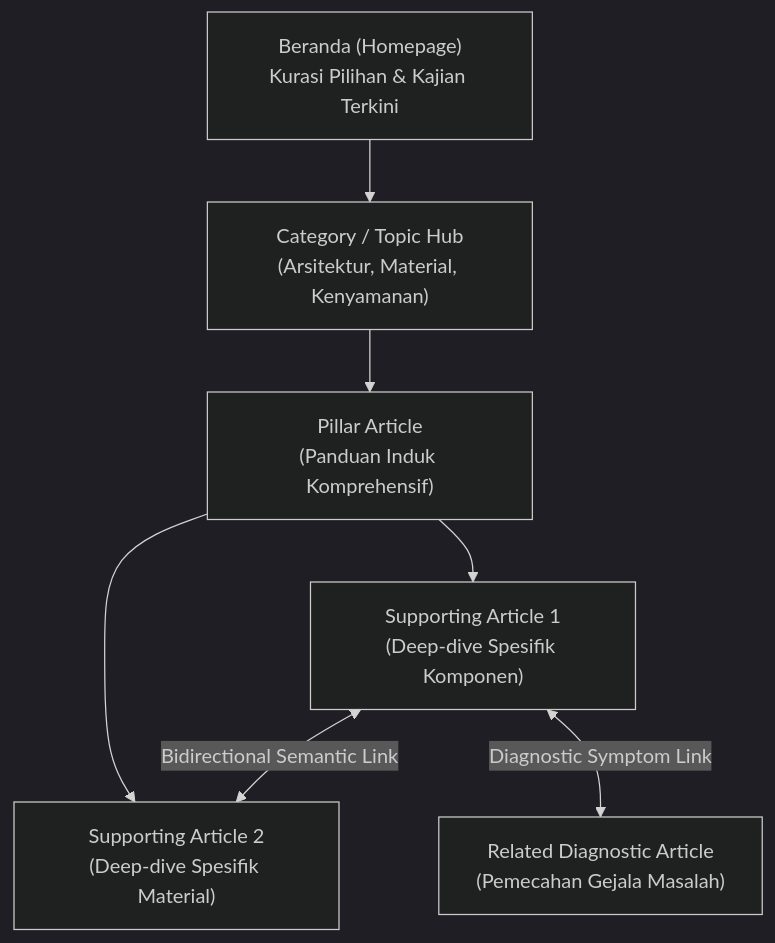
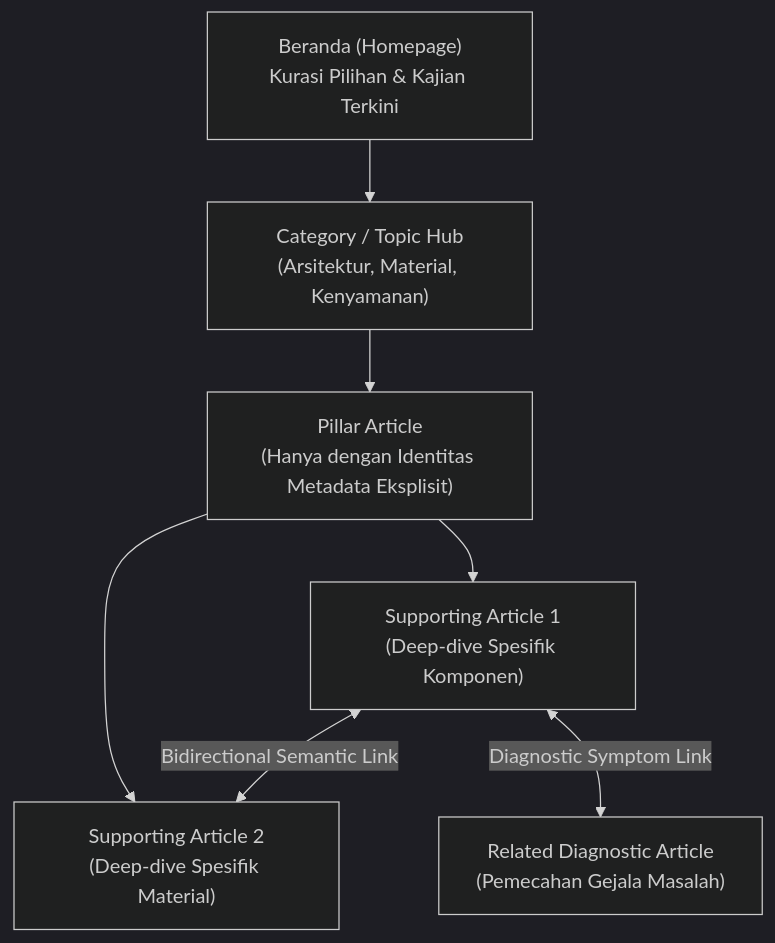
The first of 2 diagrams in docs/internal-link/INTERNAL_LINK_ENGINE_1_DESIGN.md (sweetpaseo/rancangloka), drawn with Mermaid (dark theme) before and after one commit. The commit also changed other lines of this file, not shown here.

````diff
--- a/docs/internal-link/INTERNAL_LINK_ENGINE_1_DESIGN.md
+++ b/docs/internal-link/INTERNAL_LINK_ENGINE_1_DESIGN.md
@@ -34,11 +34,11 @@
 ```mermaid
 graph TD
     Home["Beranda (Homepage)<br/>Kurasi Pilihan & Kajian Terkini"] --> CatHub["Category / Topic Hub<br/>(Arsitektur, Material, Kenyamanan)"]
-    CatHub --> Pillar["Pillar Article<br/>(Panduan Induk Komprehensif)"]
+    CatHub --> Pillar["Pillar Article<br/>(Hanya dengan Identitas Metadata Eksplisit)"]
     
     Pillar --> Supporting1["Supporting Article 1<br/>(Deep-dive Spesifik Komponen)"]
     Pillar --> Supporting2["Supporting Article 2<br/>(Deep-dive Spesifik Material)"]
     
     Supporting1 <-->|"Bidirectional Semantic Link"| Supporting2
     Supporting1 <-->|"Diagnostic Symptom Link"| RelatedProblem["Related Diagnostic Article<br/>(Pemecahan Gejala Masalah)"]
 ```
````
